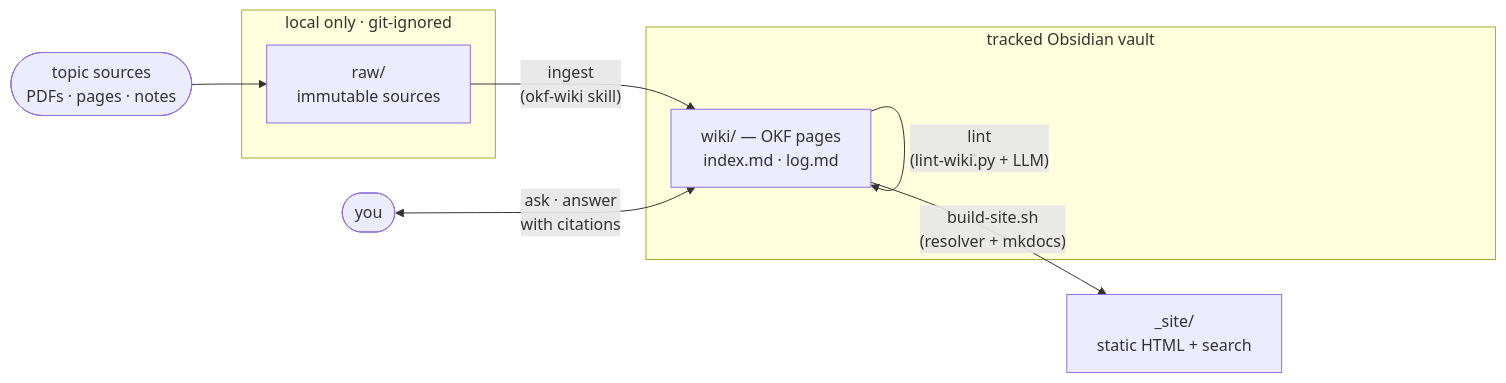
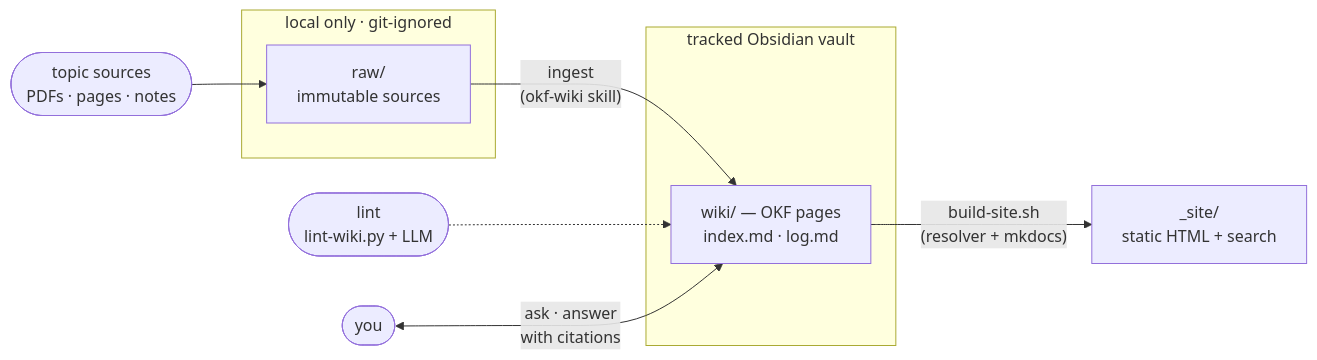
Before and after one commit to biomystery/okf-llm-wiki-kg-starter: the diagram in README.md, drawn with Mermaid. The commit also changed 5 other files, not shown here.

````diff
--- a/README.md
+++ b/README.md
@@ -18,14 +18,14 @@
 ```mermaid
 flowchart LR
     S([topic sources<br/>PDFs · pages · notes]) --> R
     subgraph local["local only · git-ignored"]
         R["raw/<br/>immutable sources"]
     end
     subgraph vault["tracked Obsidian vault"]
         W["wiki/ — OKF pages<br/>index.md · log.md"]
     end
     R -- "ingest<br/>(okf-wiki skill)" --> W
-    W -- "lint<br/>(lint-wiki.py + LLM)" --> W
+    L(["lint<br/>lint-wiki.py + LLM"]) -.-> W
     U([you]) <-- "ask · answer<br/>with citations" --> W
     W -- "build-site.sh<br/>(resolver + mkdocs)" --> H["_site/<br/>static HTML + search"]
 ```
````
